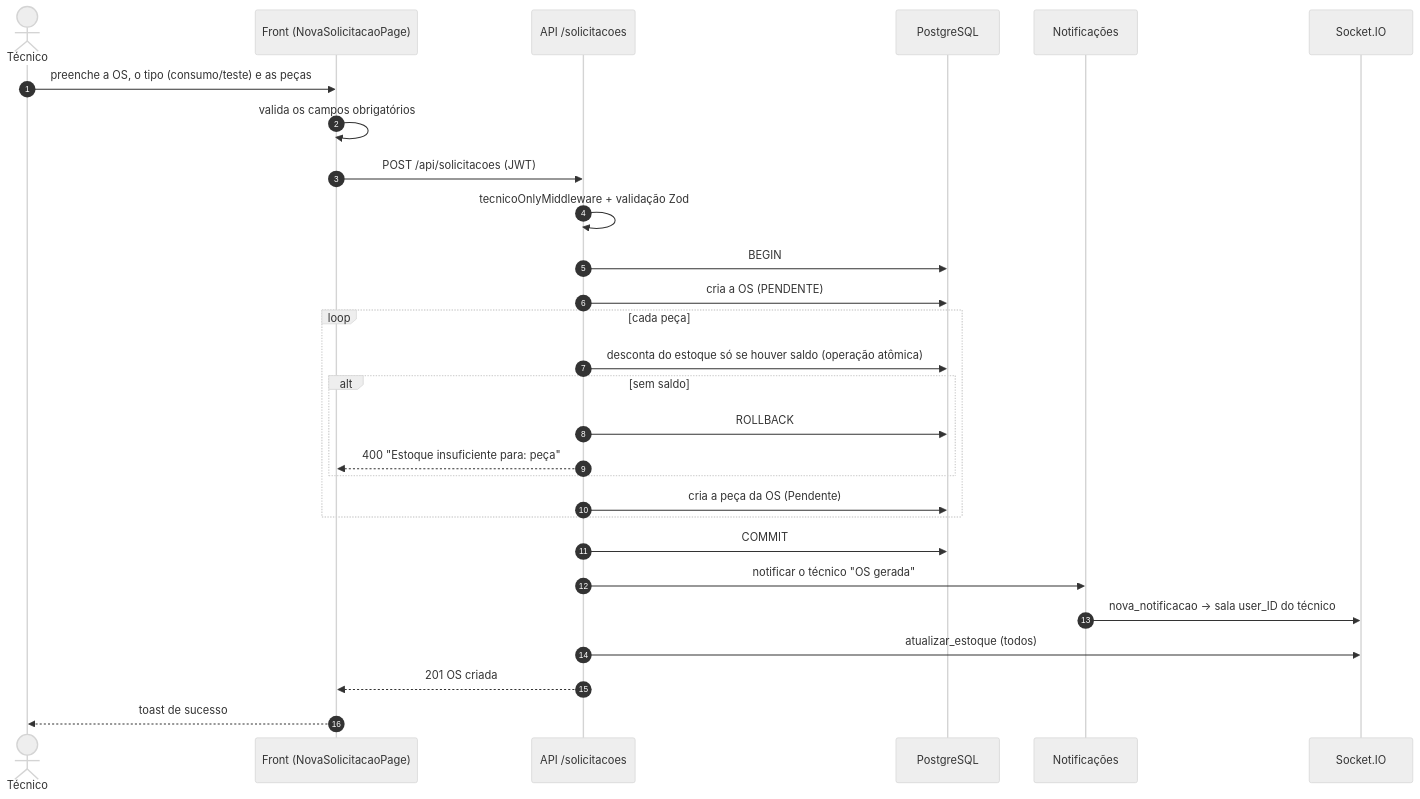
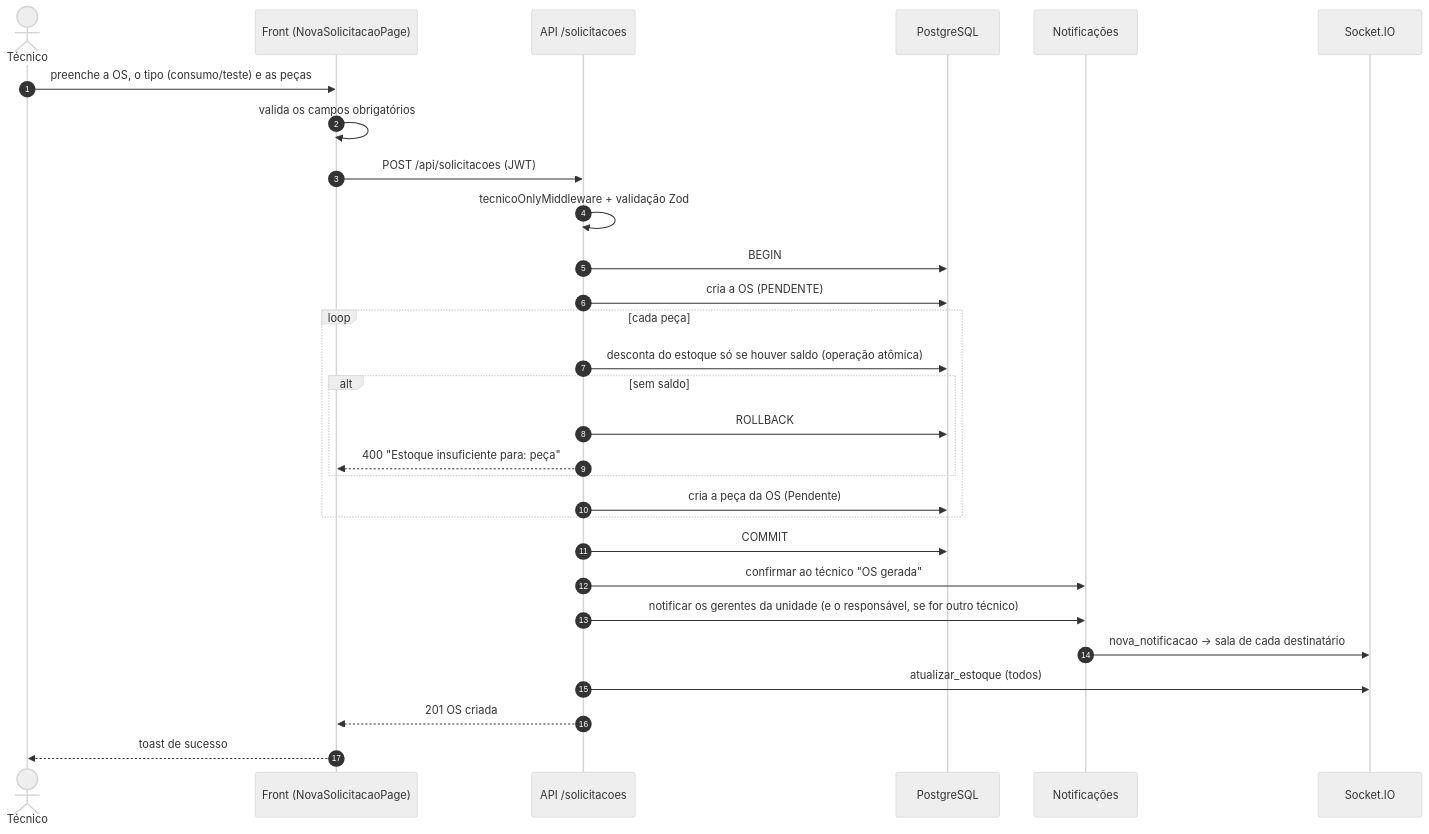
The second of 7 diagrams in docs/07-diagramas-de-sequencia.md (sergioamado/Gestio_front), drawn with Mermaid (neutral theme) before and after one commit. The commit also changed 23 other files, not shown here.

````diff
--- a/docs/07-diagramas-de-sequencia.md
+++ b/docs/07-diagramas-de-sequencia.md
@@ -44,31 +44,32 @@
 ```mermaid
 sequenceDiagram
   autonumber
   actor T as Técnico
   participant F as Front (NovaSolicitacaoPage)
   participant A as API /solicitacoes
   participant DB as PostgreSQL
   participant N as Notificações
   participant S as Socket.IO
 
   T->>F: preenche a OS, o tipo (consumo/teste) e as peças
   F->>F: valida os campos obrigatórios
   F->>A: POST /api/solicitacoes (JWT)
   A->>A: tecnicoOnlyMiddleware + validação Zod
   A->>DB: BEGIN
   A->>DB: cria a OS (PENDENTE)
   loop cada peça
     A->>DB: desconta do estoque só se houver saldo (operação atômica)
     alt sem saldo
       A->>DB: ROLLBACK
       A-->>F: 400 "Estoque insuficiente para: peça"
     end
     A->>DB: cria a peça da OS (Pendente)
   end
   A->>DB: COMMIT
-  A->>N: notificar o técnico "OS gerada"
-  N->>S: nova_notificacao → sala user_ID do técnico
+  A->>N: confirmar ao técnico "OS gerada"
+  A->>N: notificar os gerentes da unidade (e o responsável, se for outro técnico)
+  N->>S: nova_notificacao → sala de cada destinatário
   A->>S: atualizar_estoque (todos)
   A-->>F: 201 OS criada
   F-->>T: toast de sucesso
 ```
````
